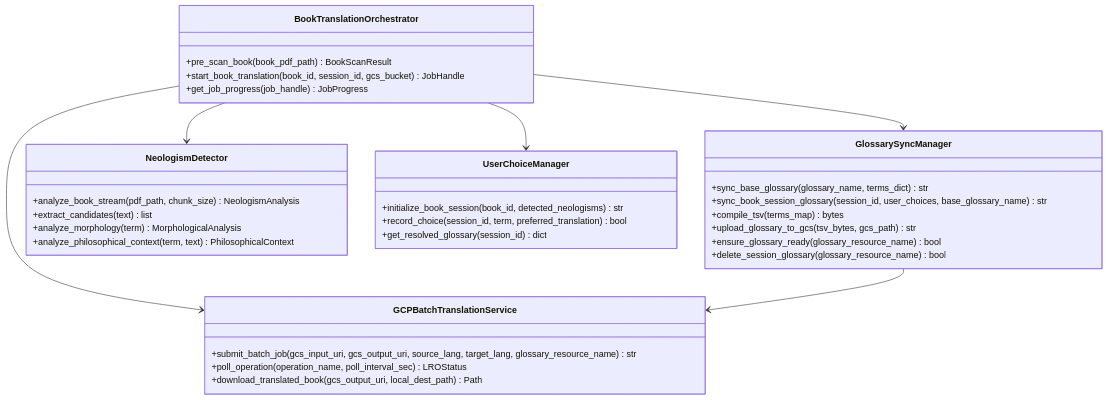
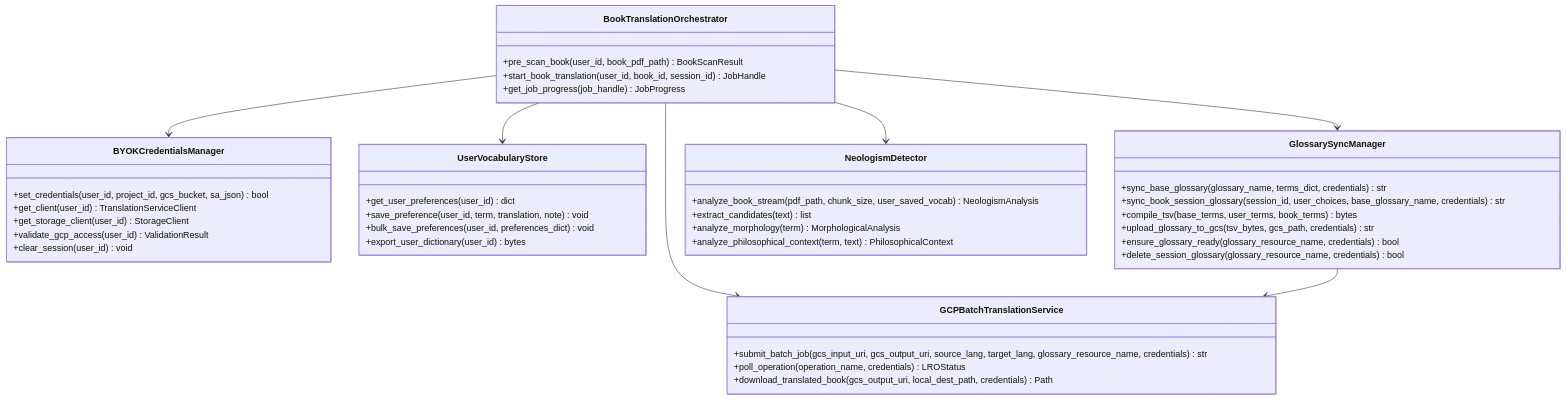
One commit to JAaron93/PhenomenalLayout changed the second of 3 diagrams in spec/gcp-migration/design.md. Above: the diagram before and after it, drawn with Mermaid. The commit also changed other lines of this file and 2 other files, not shown here.

First line of the commit message:
docs(spec): add Modal Labs deployment, BYOK architecture, and persistent user vocabulary to spec suite

````diff
--- a/spec/gcp-migration/design.md
+++ b/spec/gcp-migration/design.md
@@ -53,42 +98,52 @@
 ```mermaid
 classDiagram
+    class BYOKCredentialsManager {
+        +set_credentials(user_id, project_id, gcs_bucket, sa_json) bool
+        +get_client(user_id) TranslationServiceClient
+        +get_storage_client(user_id) StorageClient
+        +validate_gcp_access(user_id) ValidationResult
+        +clear_session(user_id) void
+    }
+
+    class UserVocabularyStore {
+        +get_user_preferences(user_id) dict
+        +save_preference(user_id, term, translation, note) void
+        +bulk_save_preferences(user_id, preferences_dict) void
+        +export_user_dictionary(user_id) bytes
+    }
+
     class GCPBatchTranslationService {
-        +submit_batch_job(gcs_input_uri, gcs_output_uri, source_lang, target_lang, glossary_resource_name) str
-        +poll_operation(operation_name, poll_interval_sec) LROStatus
-        +download_translated_book(gcs_output_uri, local_dest_path) Path
+        +submit_batch_job(gcs_input_uri, gcs_output_uri, source_lang, target_lang, glossary_resource_name, credentials) str
+        +poll_operation(operation_name, credentials) LROStatus
+        +download_translated_book(gcs_output_uri, local_dest_path, credentials) Path
     }
 
     class GlossarySyncManager {
-        +sync_base_glossary(glossary_name, terms_dict) str
-        +sync_book_session_glossary(session_id, user_choices, base_glossary_name) str
-        +compile_tsv(terms_map) bytes
-        +upload_glossary_to_gcs(tsv_bytes, gcs_path) str
-        +ensure_glossary_ready(glossary_resource_name) bool
-        +delete_session_glossary(glossary_resource_name) bool
+        +sync_base_glossary(glossary_name, terms_dict, credentials) str
+        +sync_book_session_glossary(session_id, user_choices, base_glossary_name, credentials) str
+        +compile_tsv(base_terms, user_terms, book_terms) bytes
+        +upload_glossary_to_gcs(tsv_bytes, gcs_path, credentials) str
+        +ensure_glossary_ready(glossary_resource_name, credentials) bool
+        +delete_session_glossary(glossary_resource_name, credentials) bool
     }
 
     class NeologismDetector {
-        +analyze_book_stream(pdf_path, chunk_size) NeologismAnalysis
+        +analyze_book_stream(pdf_path, chunk_size, user_saved_vocab) NeologismAnalysis
         +extract_candidates(text) list
         +analyze_morphology(term) MorphologicalAnalysis
         +analyze_philosophical_context(term, text) PhilosophicalContext
     }
 
-    class UserChoiceManager {
-        +initialize_book_session(book_id, detected_neologisms) str
-        +record_choice(session_id, term, preferred_translation) bool
-        +get_resolved_glossary(session_id) dict
-    }
-
     class BookTranslationOrchestrator {
-        +pre_scan_book(book_pdf_path) BookScanResult
-        +start_book_translation(book_id, session_id, gcs_bucket) JobHandle
+        +pre_scan_book(user_id, book_pdf_path) BookScanResult
+        +start_book_translation(user_id, book_id, session_id) JobHandle
         +get_job_progress(job_handle) JobProgress
     }
 
+    BookTranslationOrchestrator --> BYOKCredentialsManager
+    BookTranslationOrchestrator --> UserVocabularyStore
     BookTranslationOrchestrator --> NeologismDetector
-    BookTranslationOrchestrator --> UserChoiceManager
     BookTranslationOrchestrator --> GlossarySyncManager
     BookTranslationOrchestrator --> GCPBatchTranslationService
     GlossarySyncManager --> GCPBatchTranslationService
 ```
````
